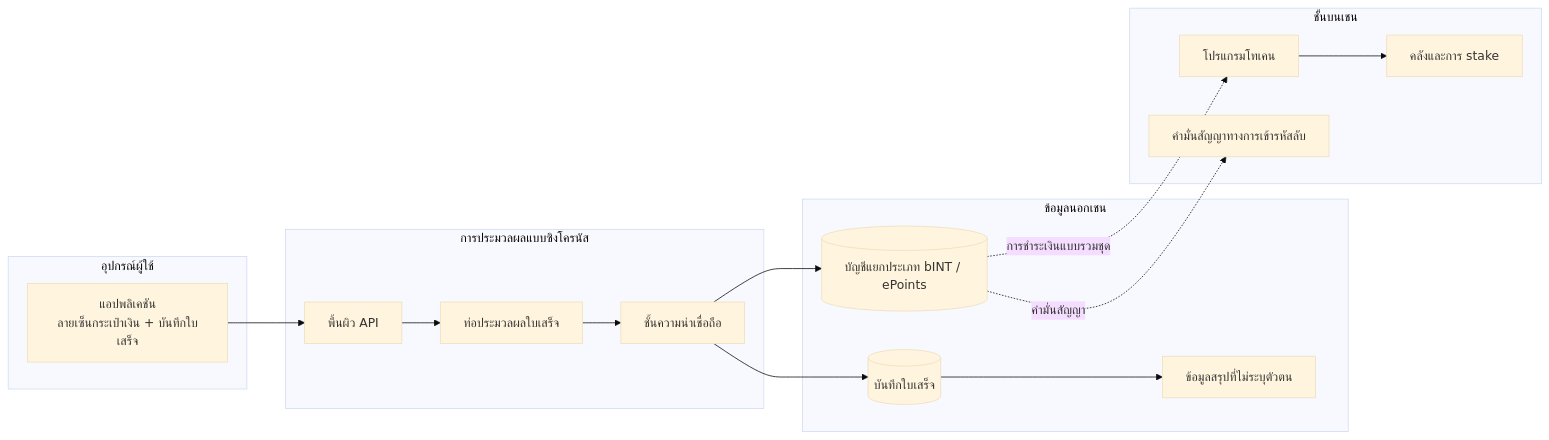
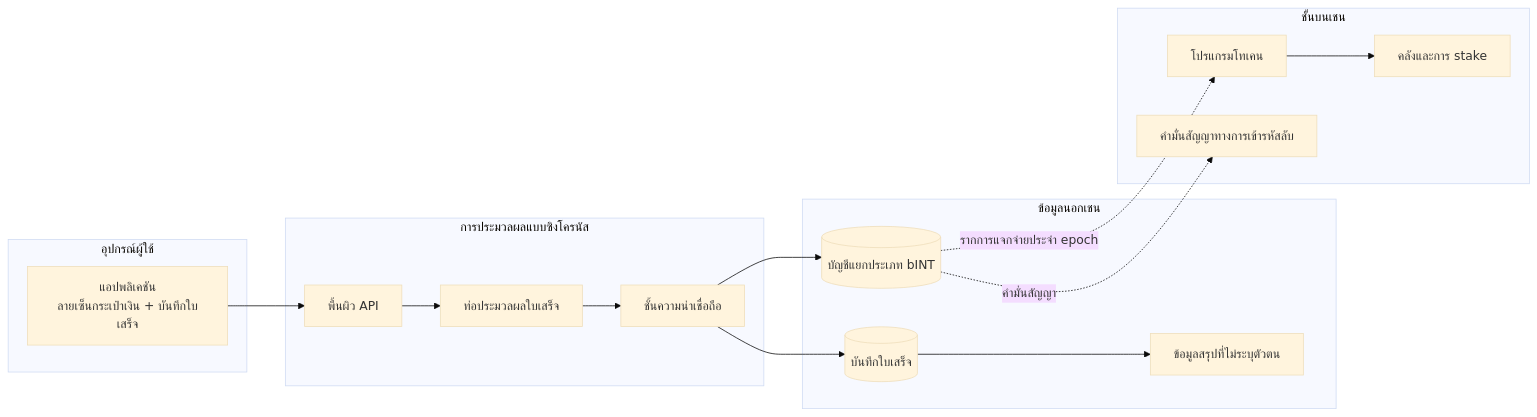
One commit to Yumo-Yumo-Inc/yumoyumohq changed the diagram in content/technical-paper/th/01-architecture-overview/02-system-map.md. Above: the diagram before and after it, drawn with Mermaid (base theme). The commit also changed other lines of this file and 1048 other files, not shown here.

````diff
--- a/content/technical-paper/th/01-architecture-overview/02-system-map.md
+++ b/content/technical-paper/th/01-architecture-overview/02-system-map.md
@@ -5,32 +5,32 @@
 ```mermaid
 flowchart LR
     subgraph Client["อุปกรณ์ผู้ใช้"]
         A["แอปพลิเคชัน<br/>ลายเซ็นกระเป๋าเงิน + บันทึกใบเสร็จ"]
     end
 
     subgraph Processing["การประมวลผลแบบซิงโครนัส"]
         B["พื้นผิว API"]
         C["ท่อประมวลผลใบเสร็จ"]
         D["ชั้นความน่าเชื่อถือ"]
     end
 
     subgraph Data["ข้อมูลนอกเชน"]
         E[("บันทึกใบเสร็จ")]
-        F[("บัญชีแยกประเภท bINT / ePoints")]
+        F[("บัญชีแยกประเภท bINT")]
         G["ข้อมูลสรุปที่ไม่ระบุตัวตน"]
     end
 
     subgraph Chain["ชั้นบนเชน"]
         H["โปรแกรมโทเคน"]
         I["คลังและการ stake"]
         J["คำมั่นสัญญาทางการเข้ารหัสลับ"]
     end
 
     A --> B --> C --> D
     D --> E
     D --> F
     E --> G
-    F -. "การชำระเงินแบบรวมชุด" .-> H
+    F -. "รากการแจกจ่ายประจำ epoch" .-> H
     F -. "คำมั่นสัญญา" .-> J
     H --> I
 ```
````
